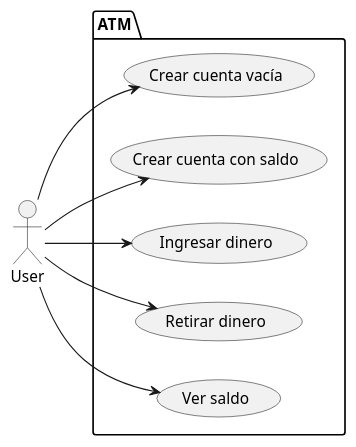
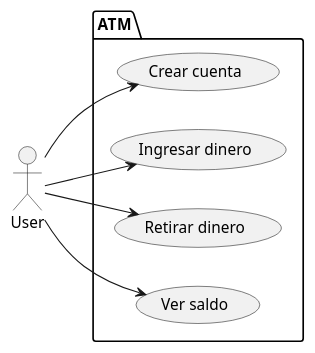
Before and after one commit to Molter73/oop-uni: the first of 2 diagrams in atm/docs/uml.md, drawn with PlantUML. The commit also changed other lines of this file and 2 other files, not shown here.

```diff
--- a/atm/docs/uml.md
+++ b/atm/docs/uml.md
@@ -1,18 +1,16 @@
 @startuml
 left to right direction
 actor User as u
 
 package ATM {
-    usecase "Crear cuenta vacía" as CreateEmpty
-    usecase "Crear cuenta con saldo" as Create
+    usecase "Crear cuenta" as Create
     usecase "Ingresar dinero" as Deposit
     usecase "Retirar dinero" as Withdrawal
     usecase "Ver saldo" as CheckBalance
 }
 
-u --> CreateEmpty
 u --> Create
 u --> Deposit
 u --> Withdrawal
 u --> CheckBalance
 @enduml
```
